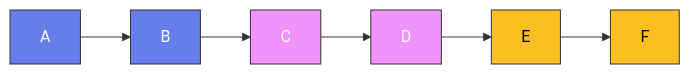
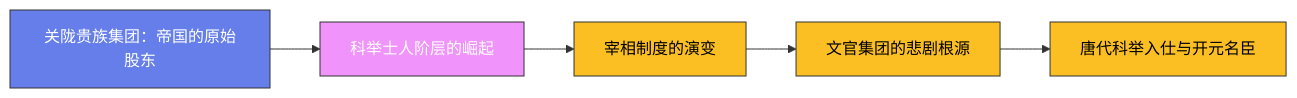
The diagram in content/posts/ModelCreate/历史类/02-唐朝从贞观到安史之乱-文官集团篇.md (Fengur/Fengur.github.io), drawn with Mermaid before and after one commit. The commit also changed other lines of this file and 505 other files, not shown here.

First line of the commit message:
content(blog): ModelCreate 全站质量修复——front matter 补全、占位图修复、事实错误修正、注水文重写

````diff
--- a/content/posts/ModelCreate/历史类/02-唐朝从贞观到安史之乱-文官集团篇.md
+++ b/content/posts/ModelCreate/历史类/02-唐朝从贞观到安史之乱-文官集团篇.md
@@ -215,16 +218,21 @@
 ```mermaid
 graph LR
+    A["关陇贵族集团：帝国的原始股东"]
+    B["科举士人阶层的崛起"]
+    C["宰相制度的演变"]
+    D["文官集团的悲剧根源"]
+    E["唐代科举入仕与开元名臣"]
+
     A --> B
     B --> C
     C --> D
     D --> E
-    E --> F
 
     classDef early fill:#667eea,stroke:#333,color:white
     classDef mid fill:#f093fb,stroke:#333,color:white
     classDef modern fill:#fbbf24,stroke:#333,color:black
 
-    class A,B early
-    class C,D mid
-    class E,F modern
+    class A early
+    class B mid
+    class C,D,E modern
 ```
````
